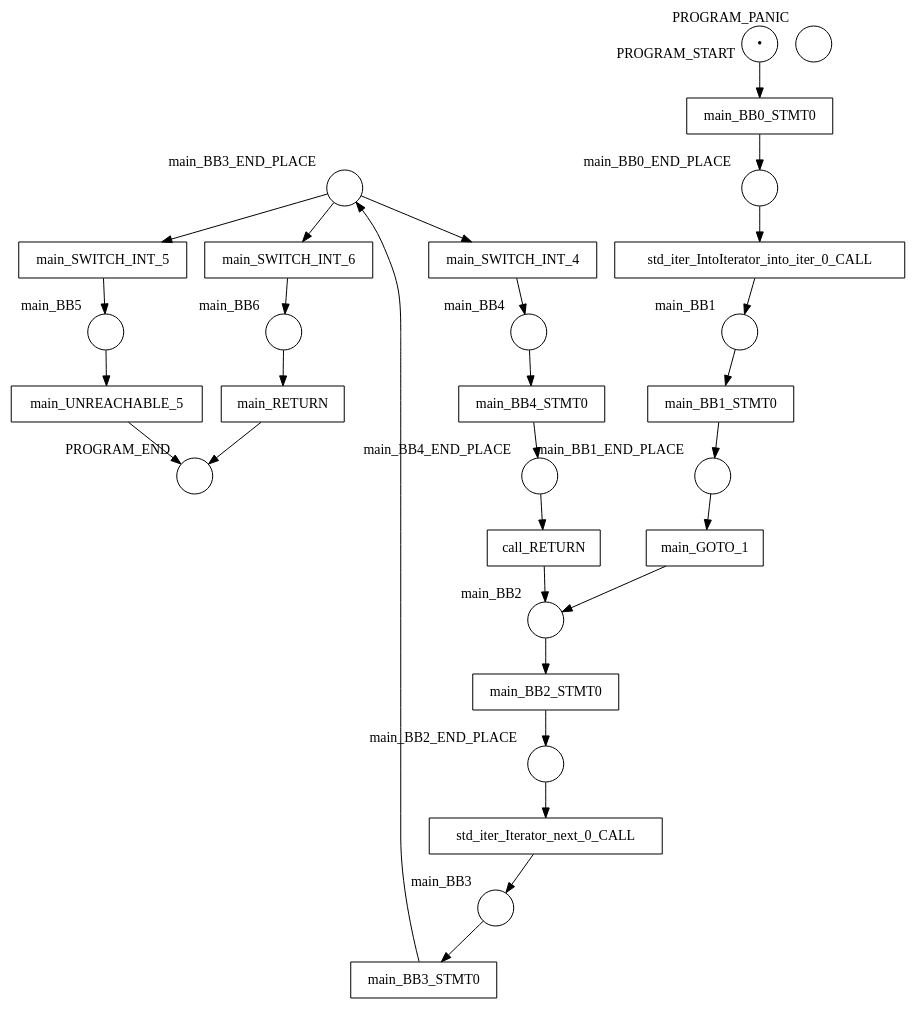
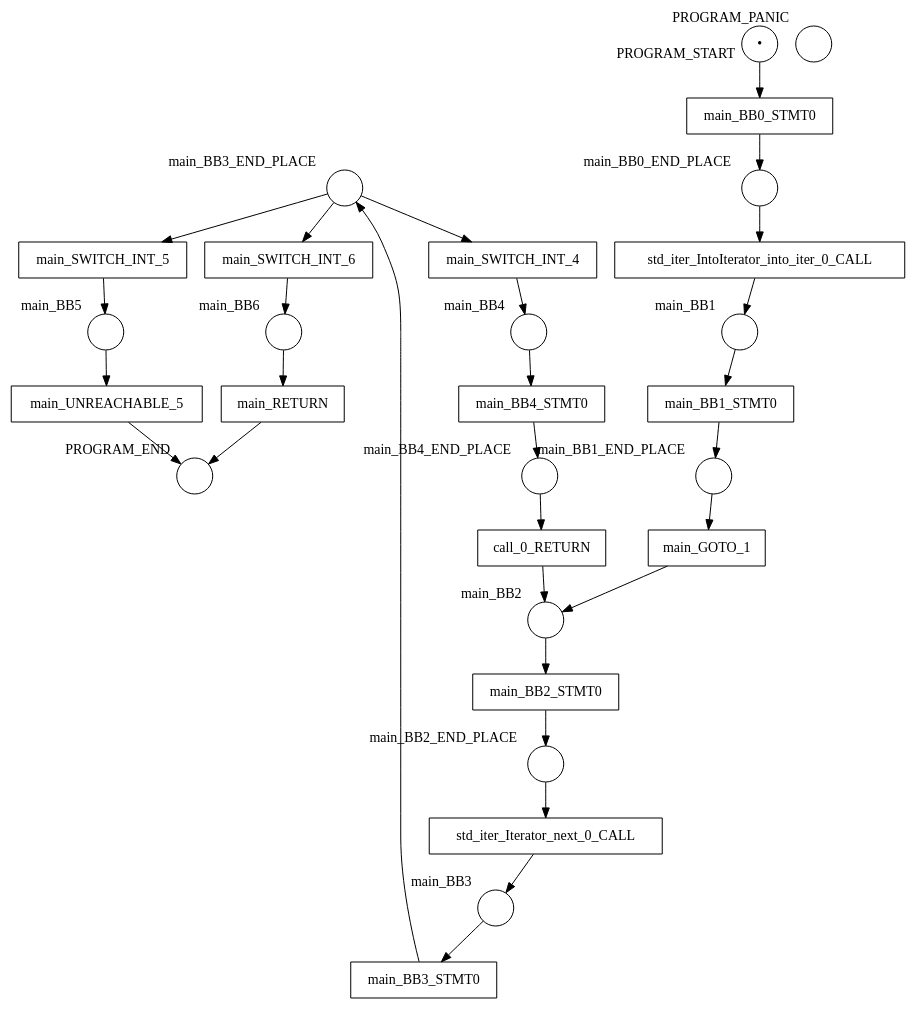
The diagram in examples/results/function_call/in_a_loop/net.dot (hlisdero/cargo-check-deadlock), drawn with Graphviz before and after one commit. The commit also changed 10 other files, not shown here.

```diff
--- a/examples/results/function_call/in_a_loop/net.dot
+++ b/examples/results/function_call/in_a_loop/net.dot
@@ -1,58 +1,58 @@
 digraph petrinet {
     PROGRAM_END [shape="circle" xlabel="PROGRAM_END" label=""];
     PROGRAM_PANIC [shape="circle" xlabel="PROGRAM_PANIC" label=""];
     PROGRAM_START [shape="circle" xlabel="PROGRAM_START" label="•"];
     main_BB0_END_PLACE [shape="circle" xlabel="main_BB0_END_PLACE" label=""];
     main_BB1 [shape="circle" xlabel="main_BB1" label=""];
     main_BB1_END_PLACE [shape="circle" xlabel="main_BB1_END_PLACE" label=""];
     main_BB2 [shape="circle" xlabel="main_BB2" label=""];
     main_BB2_END_PLACE [shape="circle" xlabel="main_BB2_END_PLACE" label=""];
     main_BB3 [shape="circle" xlabel="main_BB3" label=""];
     main_BB3_END_PLACE [shape="circle" xlabel="main_BB3_END_PLACE" label=""];
     main_BB4 [shape="circle" xlabel="main_BB4" label=""];
     main_BB4_END_PLACE [shape="circle" xlabel="main_BB4_END_PLACE" label=""];
     main_BB5 [shape="circle" xlabel="main_BB5" label=""];
     main_BB6 [shape="circle" xlabel="main_BB6" label=""];
-    call_RETURN [shape="box" xlabel="" label="call_RETURN"];
+    call_0_RETURN [shape="box" xlabel="" label="call_0_RETURN"];
     main_BB0_STMT0 [shape="box" xlabel="" label="main_BB0_STMT0"];
     main_BB1_STMT0 [shape="box" xlabel="" label="main_BB1_STMT0"];
     main_BB2_STMT0 [shape="box" xlabel="" label="main_BB2_STMT0"];
     main_BB3_STMT0 [shape="box" xlabel="" label="main_BB3_STMT0"];
     main_BB4_STMT0 [shape="box" xlabel="" label="main_BB4_STMT0"];
     main_GOTO_1 [shape="box" xlabel="" label="main_GOTO_1"];
     main_RETURN [shape="box" xlabel="" label="main_RETURN"];
     main_SWITCH_INT_4 [shape="box" xlabel="" label="main_SWITCH_INT_4"];
     main_SWITCH_INT_5 [shape="box" xlabel="" label="main_SWITCH_INT_5"];
     main_SWITCH_INT_6 [shape="box" xlabel="" label="main_SWITCH_INT_6"];
     main_UNREACHABLE_5 [shape="box" xlabel="" label="main_UNREACHABLE_5"];
     std_iter_IntoIterator_into_iter_0_CALL [shape="box" xlabel="" label="std_iter_IntoIterator_into_iter_0_CALL"];
     std_iter_Iterator_next_0_CALL [shape="box" xlabel="" label="std_iter_Iterator_next_0_CALL"];
     PROGRAM_START -> main_BB0_STMT0;
     main_BB0_END_PLACE -> std_iter_IntoIterator_into_iter_0_CALL;
     main_BB1 -> main_BB1_STMT0;
     main_BB1_END_PLACE -> main_GOTO_1;
     main_BB2 -> main_BB2_STMT0;
     main_BB2_END_PLACE -> std_iter_Iterator_next_0_CALL;
     main_BB3 -> main_BB3_STMT0;
     main_BB3_END_PLACE -> main_SWITCH_INT_4;
     main_BB3_END_PLACE -> main_SWITCH_INT_5;
     main_BB3_END_PLACE -> main_SWITCH_INT_6;
     main_BB4 -> main_BB4_STMT0;
-    main_BB4_END_PLACE -> call_RETURN;
+    main_BB4_END_PLACE -> call_0_RETURN;
     main_BB5 -> main_UNREACHABLE_5;
     main_BB6 -> main_RETURN;
-    call_RETURN -> main_BB2;
+    call_0_RETURN -> main_BB2;
     main_BB0_STMT0 -> main_BB0_END_PLACE;
     main_BB1_STMT0 -> main_BB1_END_PLACE;
     main_BB2_STMT0 -> main_BB2_END_PLACE;
     main_BB3_STMT0 -> main_BB3_END_PLACE;
     main_BB4_STMT0 -> main_BB4_END_PLACE;
     main_GOTO_1 -> main_BB2;
     main_RETURN -> PROGRAM_END;
     main_SWITCH_INT_4 -> main_BB4;
     main_SWITCH_INT_5 -> main_BB5;
     main_SWITCH_INT_6 -> main_BB6;
     main_UNREACHABLE_5 -> PROGRAM_END;
     std_iter_IntoIterator_into_iter_0_CALL -> main_BB1;
     std_iter_Iterator_next_0_CALL -> main_BB3;
 }
```
